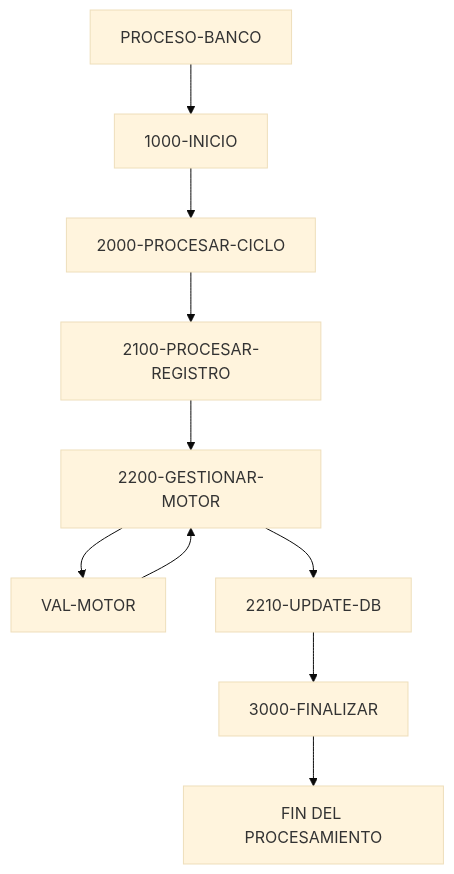
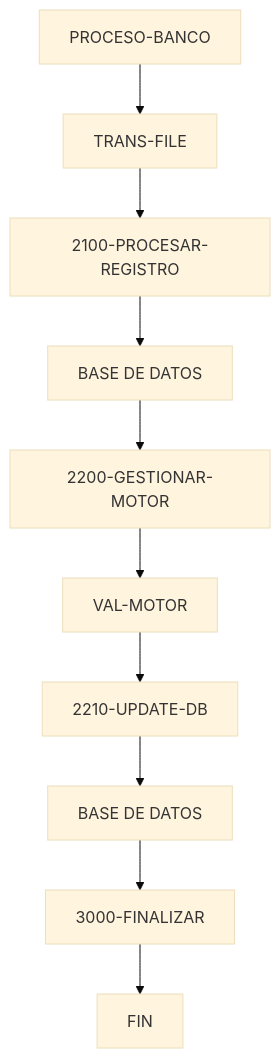
Before and after one commit to hexaforce66/codigosCobol: the diagram in sistema_consolidado/README.md, drawn with Mermaid (base theme). The commit also changed other lines of this file, not shown here.

````diff
--- a/sistema_consolidado/README.md
+++ b/sistema_consolidado/README.md
@@ -67,12 +65,12 @@
 ```mermaid
 graph TD
-A[PROCESO-BANCO] --> B[1000-INICIO]
-    B --> C[2000-PROCESAR-CICLO]
-    C --> D[2100-PROCESAR-REGISTRO]
+A[PROCESO-BANCO] --> B[TRANS-FILE]
+    B --> C[2100-PROCESAR-REGISTRO]
+    C --> D[BASE DE DATOS]
     D --> E[2200-GESTIONAR-MOTOR]
     E --> F[VAL-MOTOR]
-    F --> E
-    E --> G[2210-UPDATE-DB]
-    G --> H[3000-FINALIZAR]
-    H --> I[FIN DEL PROCESAMIENTO]
+    F --> G[2210-UPDATE-DB]
+    G --> H[BASE DE DATOS]
+    H --> I[3000-FINALIZAR]
+    I --> J[FIN]
 ```
````
